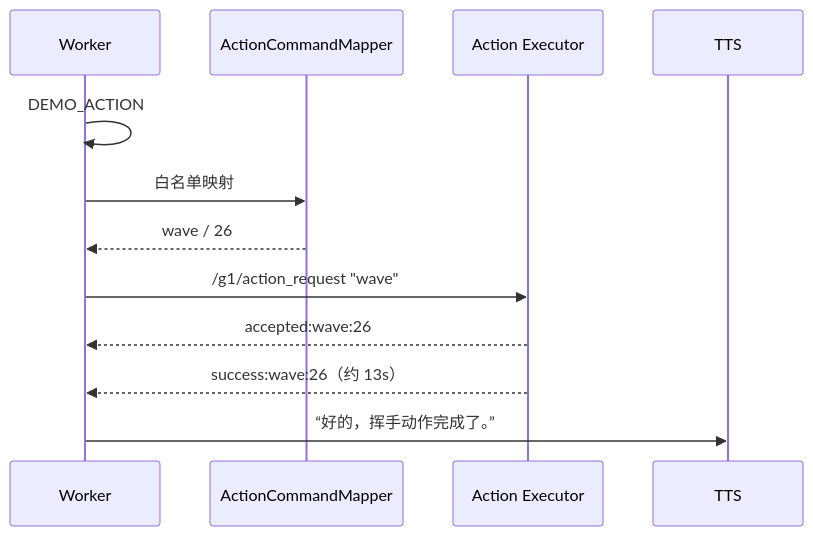
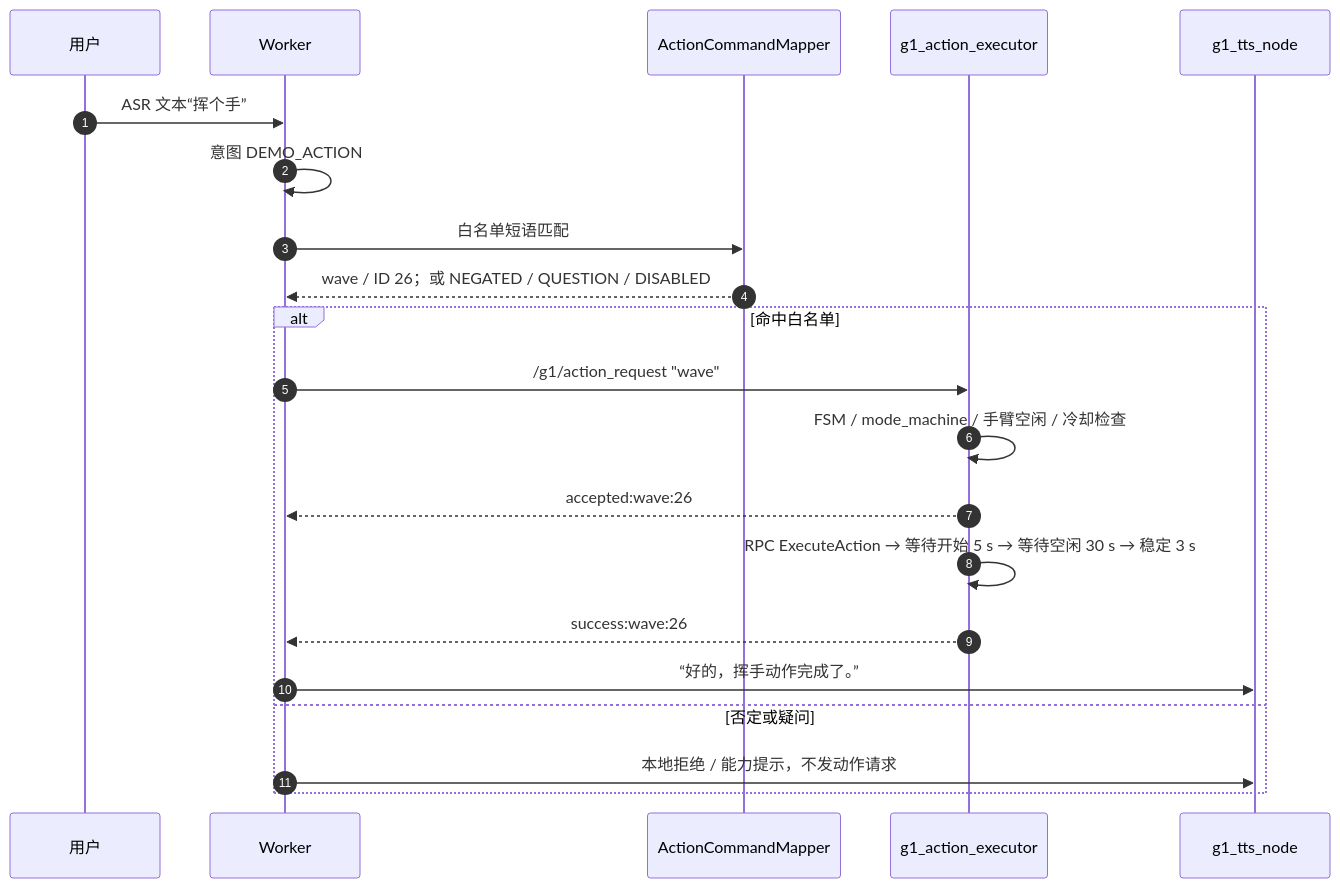
The seventh of 7 diagrams in releases/G1-EDU-Smart-Reception-V1.0/README.md (CJWDDHCSJ/g1_dev), drawn with Mermaid before and after one commit. The commit also changed other lines of this file and 51 other files, not shown here.

````diff
--- a/releases/G1-EDU-Smart-Reception-V1.0/README.md
+++ b/releases/G1-EDU-Smart-Reception-V1.0/README.md
@@ -266,14 +331,24 @@
 ```mermaid
 sequenceDiagram
+    autonumber
+    participant U as 用户
     participant W as Worker
     participant M as ActionCommandMapper
-    participant X as Action Executor
-    participant T as TTS
-    W->>W: DEMO_ACTION
-    W->>M: 白名单映射
-    M-->>W: wave / 26
-    W->>X: /g1/action_request "wave"
-    X-->>W: accepted:wave:26
-    X-->>W: success:wave:26（约 13s）
-    W->>T: “好的，挥手动作完成了。”
+    participant X as g1_action_executor
+    participant T as g1_tts_node
+
+    U->>W: ASR 文本“挥个手”
+    W->>W: 意图 DEMO_ACTION
+    W->>M: 白名单短语匹配
+    M-->>W: wave / ID 26；或 NEGATED / QUESTION / DISABLED
+    alt 命中白名单
+        W->>X: /g1/action_request "wave"
+        X->>X: FSM / mode_machine / 手臂空闲 / 冷却检查
+        X-->>W: accepted:wave:26
+        X->>X: RPC ExecuteAction → 等待开始 5 s → 等待空闲 30 s → 稳定 3 s
+        X-->>W: success:wave:26
+        W->>T: “好的，挥手动作完成了。”
+    else 否定或疑问
+        W->>T: 本地拒绝 / 能力提示，不发动作请求
+    end
 ```
````
